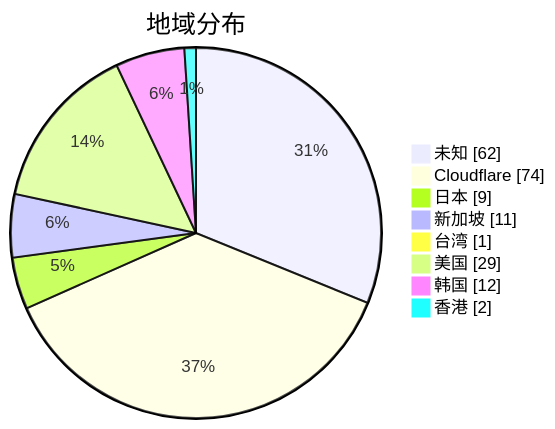
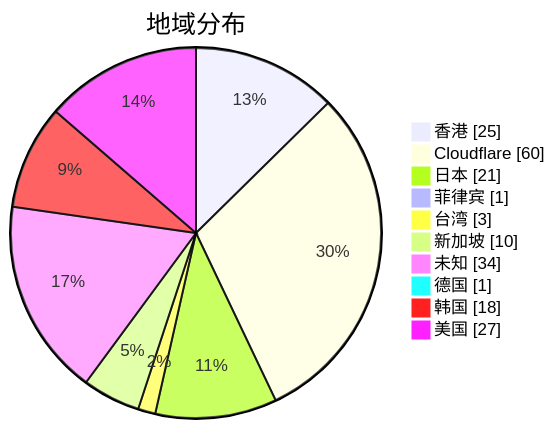
One commit to qjlxg/airport changed the second of 3 diagrams in subs/statistics/tested_within.md. Above: the diagram before and after it, drawn with Mermaid. The commit also changed other lines of this file and 2 other files, not shown here.

````diff
--- a/subs/statistics/tested_within.md
+++ b/subs/statistics/tested_within.md
@@ -12,12 +12,14 @@
 ```mermaid
 pie showData
 title 地域分布
-"未知" : 62
-"Cloudflare" : 74
-"日本" : 9
-"新加坡" : 11
-"台湾" : 1
-"美国" : 29
-"韩国" : 12
-"香港" : 2
+"香港" : 25
+"Cloudflare" : 60
+"日本" : 21
+"菲律宾" : 1
+"台湾" : 3
+"新加坡" : 10
+"未知" : 34
+"德国" : 1
+"韩国" : 18
+"美国" : 27
 ```
````
